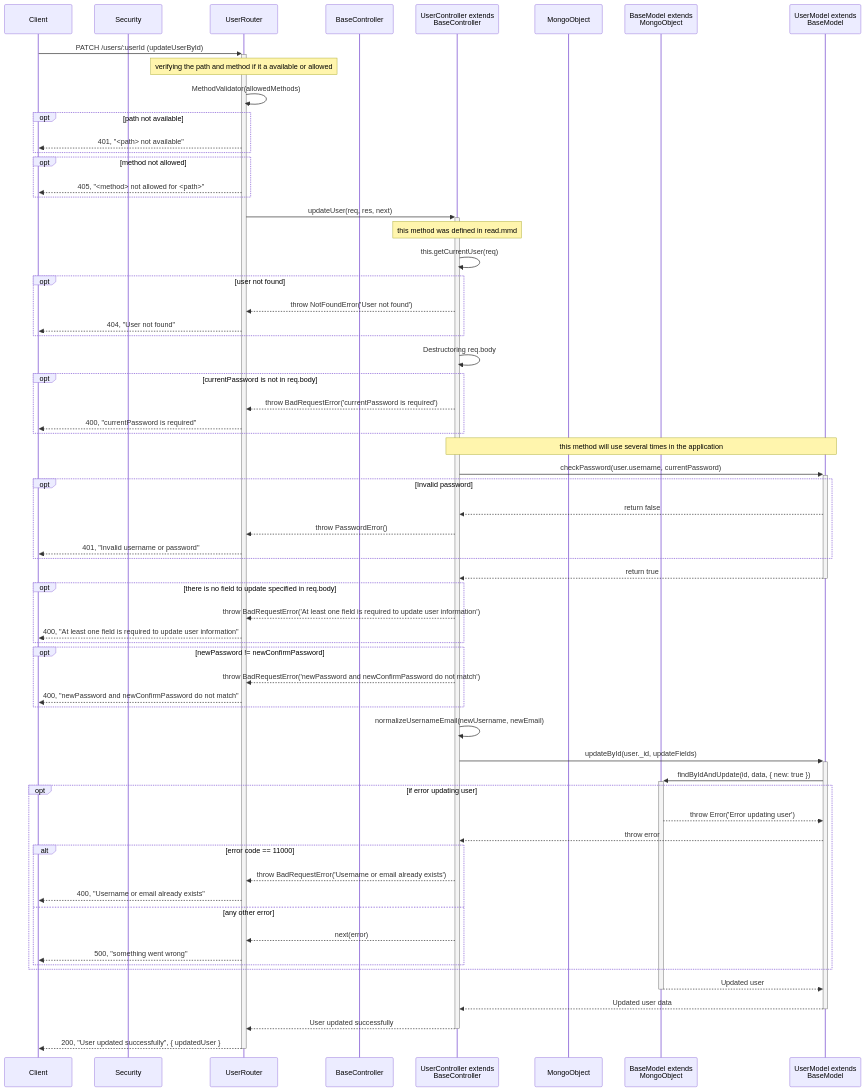
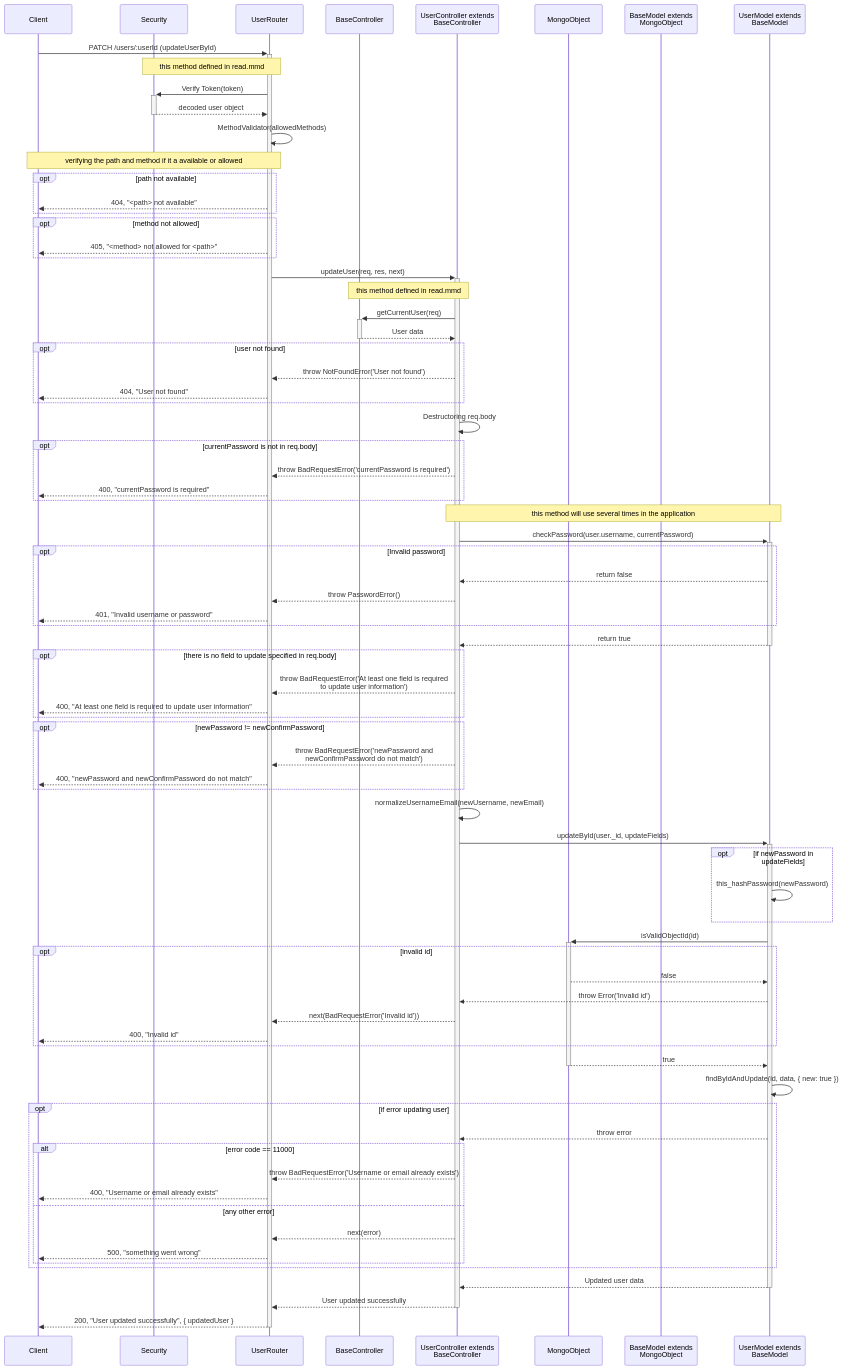
Before and after one commit to SawatKia/WealthTracking: the diagram in design/newClassesDesign/UserManagement/update.mmd, drawn with Mermaid. The commit also changed 3 other files, not shown here.

Commit message:
Refactor UserManagement to improve error handling and authorized user via middleware before do anything

```diff
--- a/design/newClassesDesign/UserManagement/update.mmd
+++ b/design/newClassesDesign/UserManagement/update.mmd
@@ -1,66 +1,79 @@
 sequenceDiagram
     participant Client
     participant Sec as Security
     participant UserRouter as UserRouter
     participant BaseCont as BaseController
     participant UserCont as UserController extends<br> BaseController
     participant Mongo as MongoObject
     participant BaseModel as BaseModel extends<br> MongoObject
     participant Model as UserModel extends<br> BaseModel
 
     %% Update User
     Client->>+UserRouter: PATCH /users/:userId (updateUserById)
-    Note over UserRouter : verifying the path and method if it a available or allowed
+    Note over Sec, UserRouter: this method defined in read.mmd
+    UserRouter->>+Sec: Verify Token(token)
+    Sec-->>-UserRouter: decoded user object
     UserRouter->>UserRouter: MethodValidator(allowedMethods)
+    Note over Client,UserRouter : verifying the path and method if it a available or allowed
     opt path not available
-        UserRouter-->>Client: 401, "<path> not available"
+        UserRouter-->>Client: 404, "<path> not available"
     end
     opt method not allowed
         UserRouter-->>Client: 405, "<method> not allowed for <path>"
     end
     UserRouter->>+UserCont: updateUser(req, res, next)
-    Note over UserCont: this method was defined in read.mmd
-    UserCont->>UserCont: this.getCurrentUser(req)
+    Note over UserCont, BaseCont: this method defined in read.mmd
+    UserCont->>+BaseCont: getCurrentUser(req)
+    BaseCont-->>-UserCont: User data
     opt user not found
         UserCont-->>UserRouter: throw NotFoundError('User not found')
         UserRouter-->>Client: 404, "User not found"
     end
     UserCont->>UserCont: Destructoring req.body
     opt currentPassword is not in req.body
         UserCont-->>UserRouter: throw BadRequestError('currentPassword is required')
         UserRouter-->>Client: 400, "currentPassword is required"
     end
     Note over UserCont, Model: this method will use several times in the application
     UserCont->>+Model: checkPassword(user.username, currentPassword)
     opt Invalid password
         Model-->>UserCont: return false
         UserCont-->>UserRouter: throw PasswordError()
         UserRouter-->>Client: 401, "Invalid username or password"
     end
     Model-->>-UserCont: return true
     opt there is no field to update specified in req.body
-        UserCont-->>UserRouter: throw BadRequestError('At least one field is required to update user information')
+        UserCont-->>UserRouter: throw BadRequestError('At least one field is required<br> to update user information')
         UserRouter-->>Client: 400, "At least one field is required to update user information"
     end
     opt newPassword != newConfirmPassword
-        UserCont-->>UserRouter: throw BadRequestError('newPassword and newConfirmPassword do not match')
+        UserCont-->>UserRouter: throw BadRequestError('newPassword and<br> newConfirmPassword do not match')
         UserRouter-->>Client: 400, "newPassword and newConfirmPassword do not match"
     end
     UserCont->>UserCont: normalizeUsernameEmail(newUsername, newEmail)
     UserCont->>+Model: updateById(user._id, updateFields)
-    Model->>+BaseModel: findByIdAndUpdate(id, data, { new: true })
+    opt if newPassword in updateFields
+        Model->>Model: this_hashPassword(newPassword)
+    end
+    Model->>+Mongo: isValidObjectId(id)
+    opt invalid id
+        Mongo-->>Model: false
+        Model-->>UserCont: throw Error('Invalid id')
+        UserCont-->>UserRouter: next(BadRequestError('Invalid id'))
+        UserRouter-->>Client: 400, "Invalid id"
+    end
+    Mongo-->>-Model: true
+    Model->>Model: findByIdAndUpdate(id, data, { new: true })
     opt if error updating user
-        BaseModel-->>Model: throw Error('Error updating user')
         Model-->>UserCont: throw error
         alt error code == 11000
             UserCont-->>UserRouter: throw BadRequestError('Username or email already exists')
             UserRouter-->>Client: 400, "Username or email already exists"
         else any other error
             UserCont-->>UserRouter: next(error)
             UserRouter-->>Client: 500, "something went wrong"
         end
     end
-    BaseModel-->>-Model: Updated user
     Model-->>-UserCont: Updated user data
     UserCont-->>-UserRouter: User updated successfully
     UserRouter-->>-Client: 200, "User updated successfully", { updatedUser }
```
